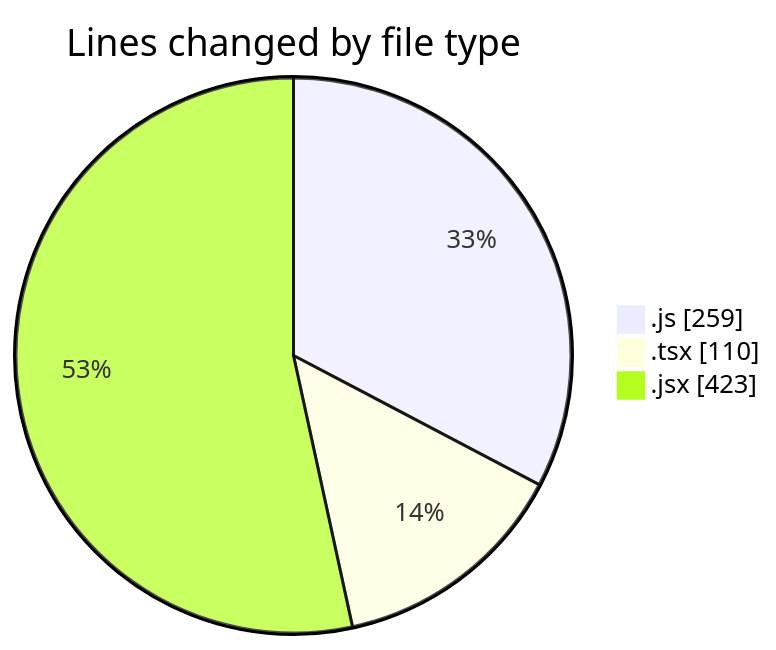
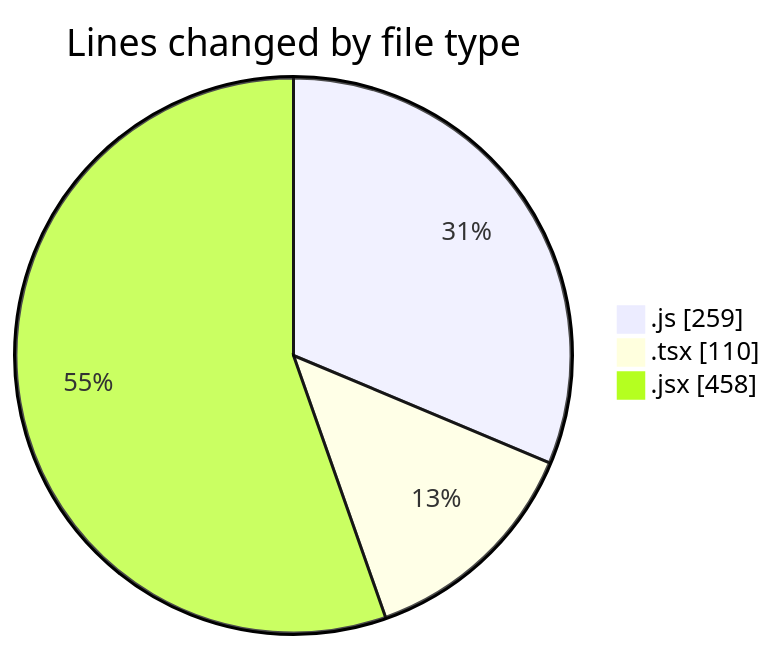
One commit to momahboobian/code-tracking changed the first of 2 diagrams in 2026-03-12/cda/README.md. Above: the diagram before and after it, drawn with Mermaid. The commit also changed other lines of this file and 1 other file, not shown here.

````diff
--- a/2026-03-12/cda/README.md
+++ b/2026-03-12/cda/README.md
@@ -27,7 +28,7 @@
 ```mermaid
 pie showData
 title Lines changed by file type
 ".js" : 259
 ".tsx" : 110
-".jsx" : 423
+".jsx" : 458
 ```
````
